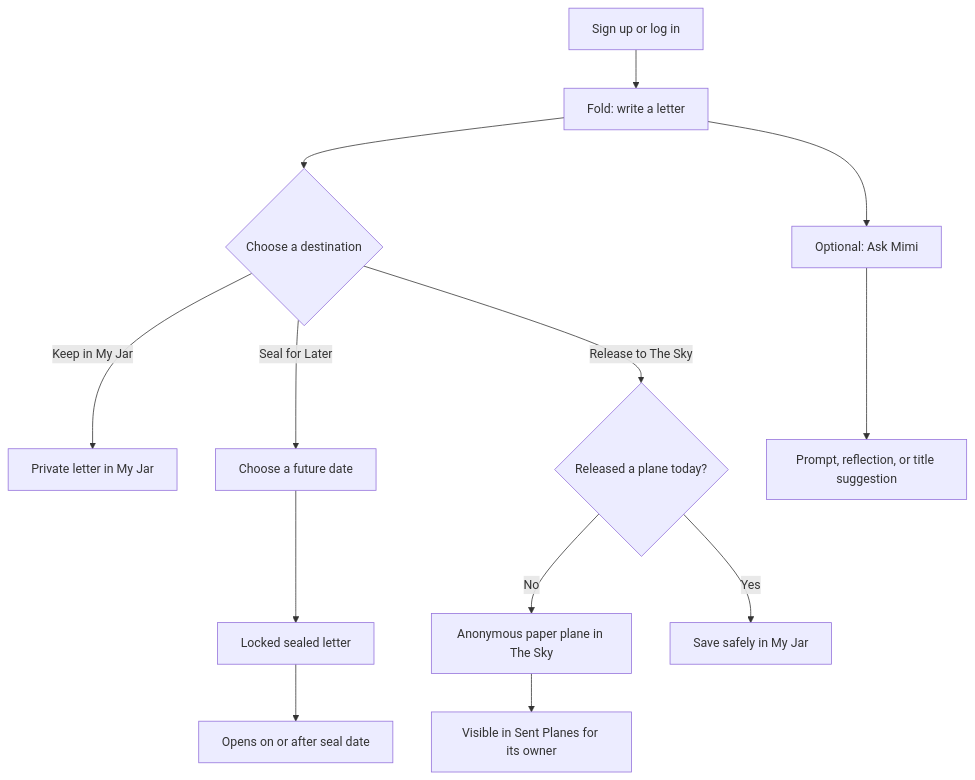
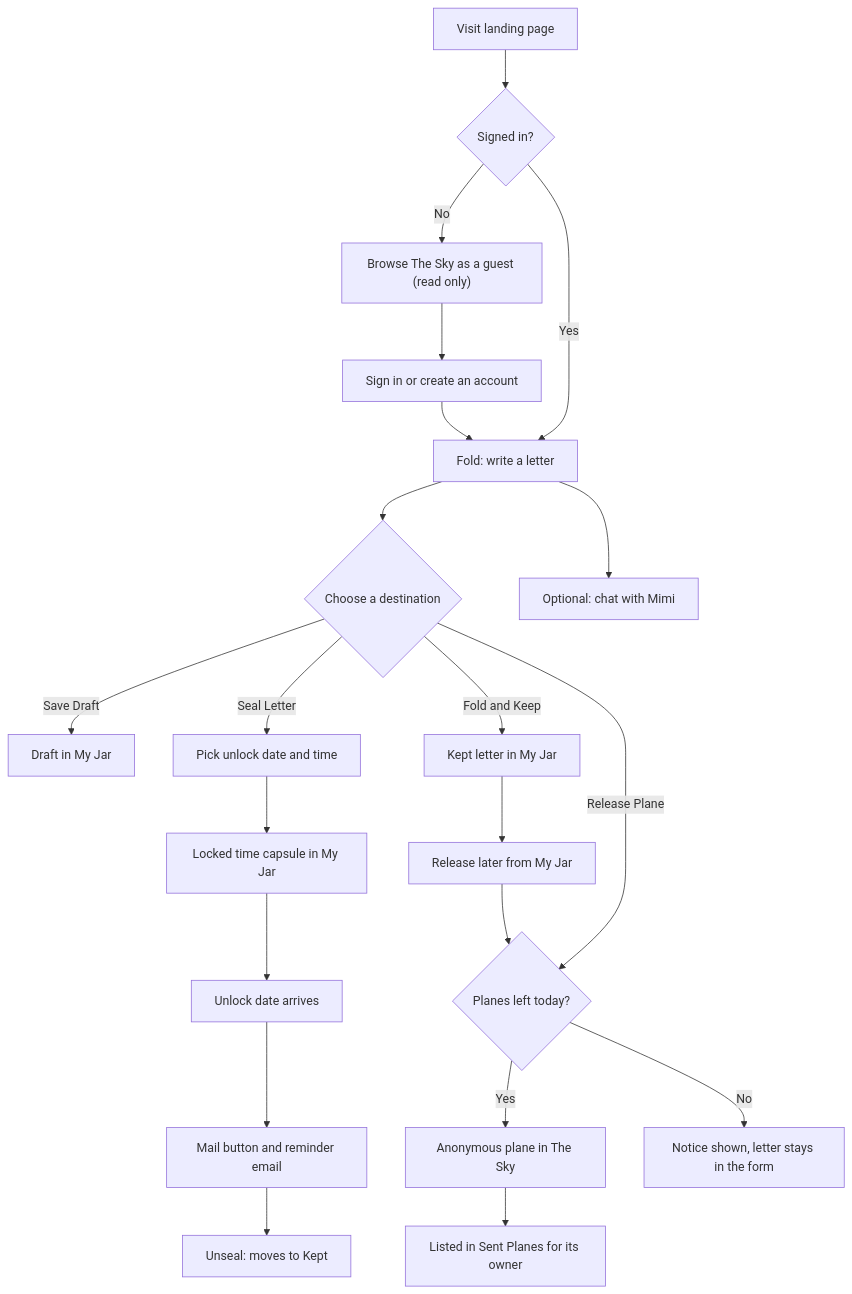
Before and after one commit to michandhercode/windup: the diagram in docs/1_PRD.md, drawn with Mermaid. The commit also changed other lines of this file and 5 other files, not shown here.

````diff
--- a/docs/1_PRD.md
+++ b/docs/1_PRD.md
@@ -58,15 +76,23 @@
 ```mermaid
 flowchart TD
-    A[Sign up or log in] --> B[Fold: write a letter]
-    B --> C{Choose a destination}
-    C -->|Keep in My Jar| D[Private letter in My Jar]
-    C -->|Seal for Later| E[Choose a future date]
-    E --> F[Locked sealed letter]
-    F --> G[Opens on or after seal date]
-    C -->|Release to The Sky| H{Released a plane today?}
-    H -->|No| I[Anonymous paper plane in The Sky]
-    I --> J[Visible in Sent Planes for its owner]
-    H -->|Yes| K[Save safely in My Jar]
-    B --> L[Optional: Ask Mimi]
-    L --> M[Prompt, reflection, or title suggestion]
+    A["Visit landing page"] --> B{"Signed in?"}
+    B -->|No| C["Browse The Sky as a guest (read only)"]
+    C --> D["Sign in or create an account"]
+    B -->|Yes| E["Fold: write a letter"]
+    D --> E
+    E --> F{"Choose a destination"}
+    F -->|Save Draft| G["Draft in My Jar"]
+    F -->|Fold and Keep| H["Kept letter in My Jar"]
+    F -->|Seal Letter| I["Pick unlock date and time"]
+    I --> J["Locked time capsule in My Jar"]
+    J --> K["Unlock date arrives"]
+    K --> L["Mail button and reminder email"]
+    L --> M["Unseal: moves to Kept"]
+    F -->|Release Plane| N{"Planes left today?"}
+    N -->|Yes| O["Anonymous plane in The Sky"]
+    O --> P["Listed in Sent Planes for its owner"]
+    N -->|No| Q["Notice shown, letter stays in the form"]
+    H --> R["Release later from My Jar"]
+    R --> N
+    E --> S["Optional: chat with Mimi"]
 ```
````
